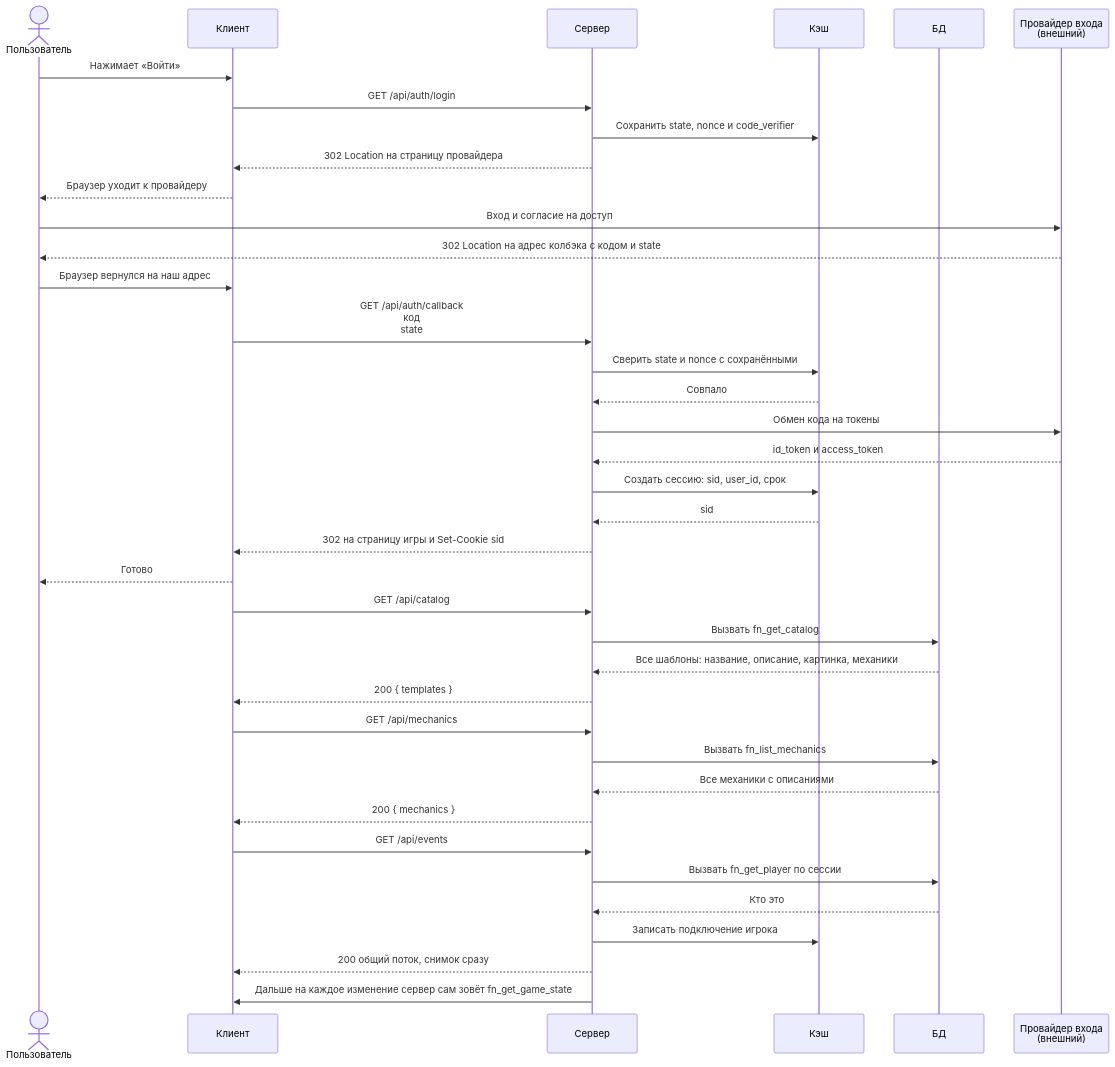
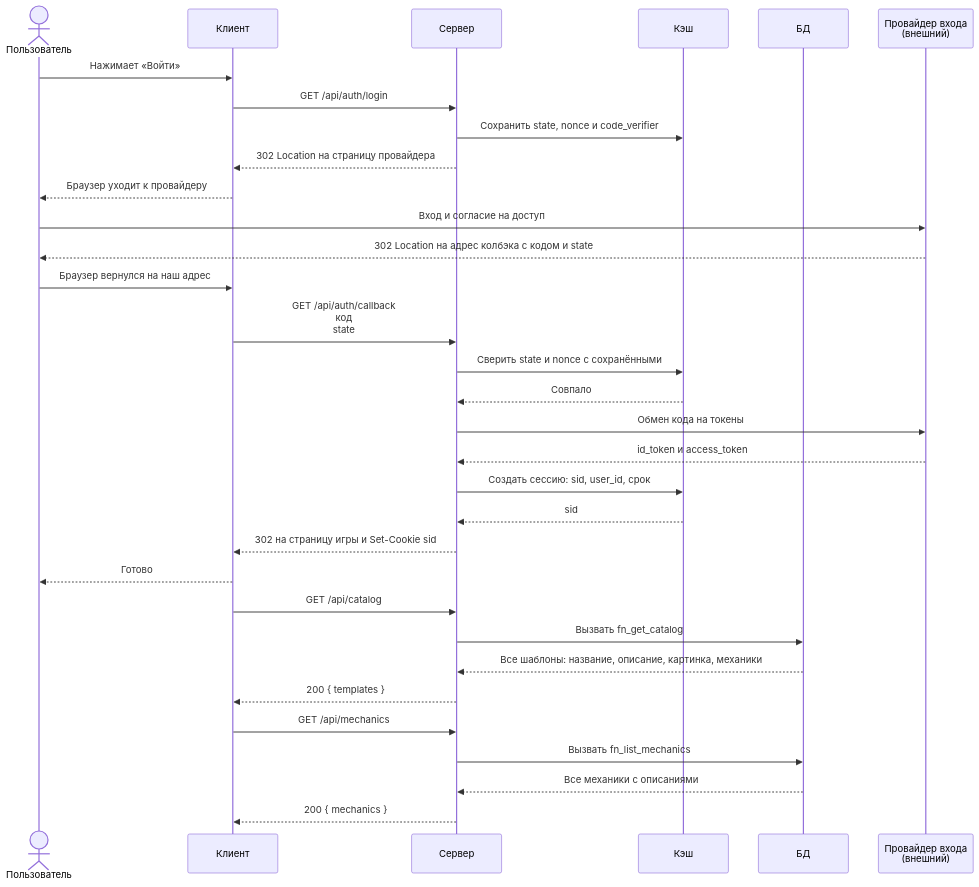
Before and after one commit to docup1/edin-game: the diagram in diagrams/auth.mmd, drawn with Mermaid. The commit also changed 2 other files, not shown here.

Commit message:
Объединить event и end, перенести SSE в game
Действие ушло из тела в query как do: play, draw, discard, end.
Тело общее - turn и request_id всегда, остальное зависит от
действия: card_id для play и discard, target_id только для play.
POST /api/games/{game_id}/end убран, эндпоинтов стало 20.

Сброс больше не просит mechanic = DISCARD_FROM_HAND: это обычное
do=discard с card_id. Раньше документ требовал от клиента название
механики, которое клиенту слать запрещено.

GET /api/events переехал из auth.mmd в начало game.mmd, где поток и
открывается. В auth осталась ссылка в комментарии.

```diff
--- a/diagrams/auth.mmd
+++ b/diagrams/auth.mmd
@@ -1,62 +1,52 @@
 %% Вход через OIDC. Все переходы делает браузер, а не клиентский код.
 %% В коде клиента ни одного редиректа нет - страницу провайдера открывает браузер.
 %% Cookie: HttpOnly, Secure, SameSite=Lax. Дальше клиент прикладывает её сам,
 %% в базу ходит только сервер. Повторный вход при живом sid ничего не делает.
 sequenceDiagram
     actor U as Пользователь
     participant C as Клиент
     participant S as Сервер
     participant K as Кэш
     participant D as БД
     participant P as Провайдер входа<br/>(внешний)
 
     U->>C: Нажимает «Войти»
     C->>S: GET /api/auth/login
     S->>K: Сохранить state, nonce и code_verifier
     S-->>C: 302 Location на страницу провайдера
     C-->>U: Браузер уходит к провайдеру
 
     U->>P: Вход и согласие на доступ
     P-->>U: 302 Location на адрес колбэка с кодом и state
     U->>C: Браузер вернулся на наш адрес
 
     C->>S: GET /api/auth/callback<br/>код<br/>state
     S->>K: Сверить state и nonce с сохранёнными
     K-->>S: Совпало
     S->>P: Обмен кода на токены
     P-->>S: id_token и access_token
     S->>K: Создать сессию: sid, user_id, срок
     K-->>S: sid
     S-->>C: 302 на страницу игры и Set-Cookie sid
     C-->>U: Готово
 
     C->>S: GET /api/catalog
     S->>D: Вызвать fn_get_catalog
     D-->>S: Все шаблоны: название, описание, картинка, механики
     S-->>C: 200 { templates }
 
     C->>S: GET /api/mechanics
     S->>D: Вызвать fn_list_mechanics
     D-->>S: Все механики с описаниями
     S-->>C: 200 { mechanics }
 
-    C->>S: GET /api/events
-    S->>D: Вызвать fn_get_player по сессии
-    D-->>S: Кто это
-    S->>K: Записать подключение игрока
-    S-->>C: 200 общий поток, снимок сразу
-    S->>C: Дальше на каждое изменение сервер сам зовёт fn_get_game_state
-
     %% В адресе авторизации: response_type=code, client_id, redirect_uri,
     %% state, nonce, code_challenge и code_challenge_method=S256.
     %% Обмен кода на токены: code плюс code_verifier, redirect_uri, client_id
     %% и client_secret. Сверка state закрывает подделку колбэка, код одноразовый.
     %% Сервер проверяет подпись токена по ключам провайдера, issuer, audience,
     %% срок и nonce. Токен наружу не отдаётся и в базе не хранится.
     %% Справочники статичные: клиент грузит их один раз и кэширует.
-    %% Поток один на сессию, без {game_id}. Он несёт и лобби, и состояние
-    %% партии, поэтому при входе в другую партию переподключаться не нужно.
-    %% Состояние всегда полное и приходит при любом изменении, отдельных
-    %% событий про карты и ходы нет. Все факты лежат в базе, кэш держит только
-    %% подключения, поэтому перезапуск сервера ничего не теряет.
+    %% Общий поток GET /api/events открывается позже, на партии: в auth его нет,
+    %% потому что он несёт состояние игры, а не вход. Разобран в game.mmd.
     %% Каталог не меняется в ходе партии, поэтому клиент рисует карты сам.
```
